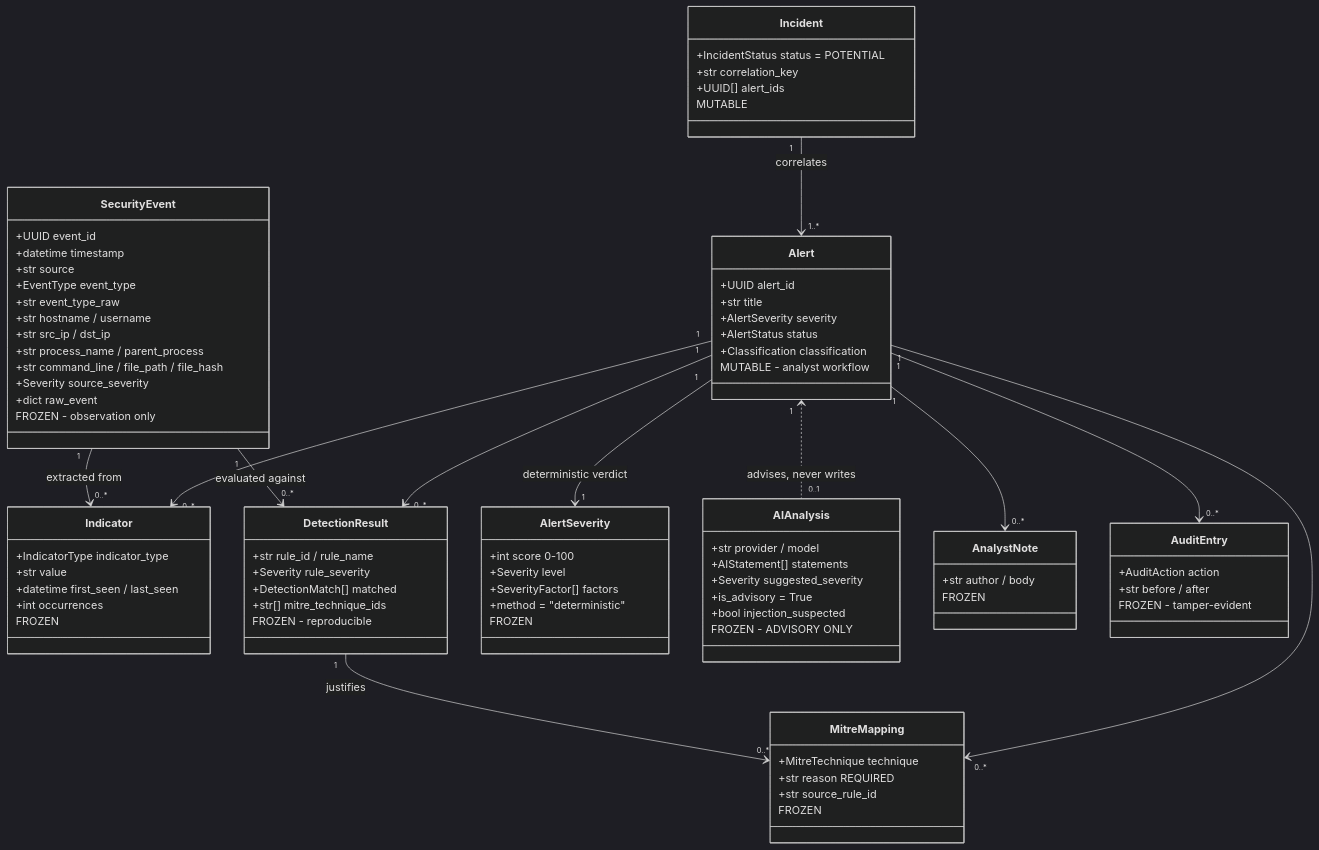
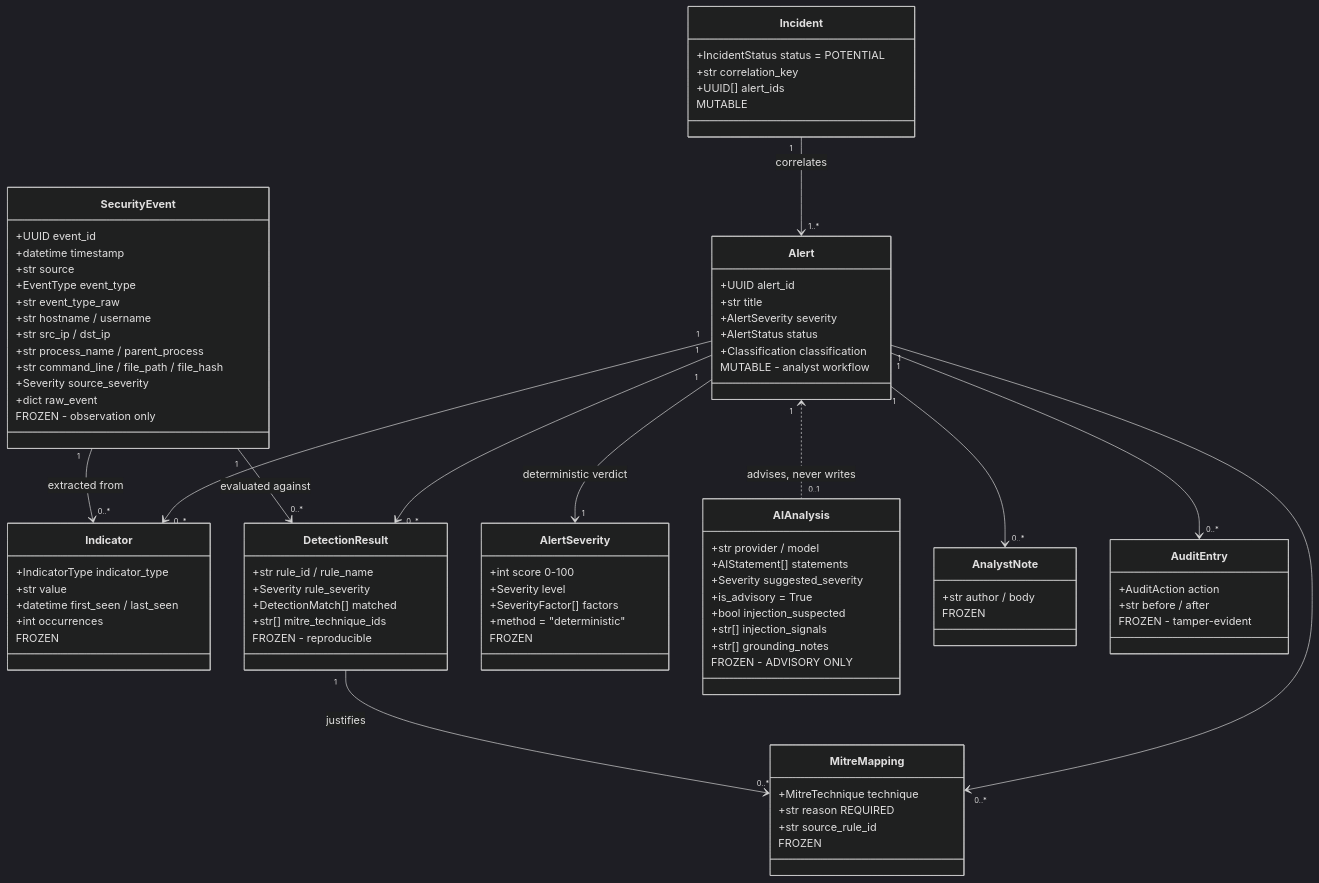
The diagram in docs/data-model.md (mpk201036/SentinelFlow), drawn with Mermaid (dark theme) before and after one commit. The commit also changed other lines of this file and 39 other files, not shown here.

```diff
--- a/docs/data-model.md
+++ b/docs/data-model.md
@@ -70,6 +70,8 @@
         +Severity suggested_severity
         +is_advisory = True
         +bool injection_suspected
+        +str[] injection_signals
+        +str[] grounding_notes
         FROZEN - ADVISORY ONLY
     }
     class AnalystNote {
```
